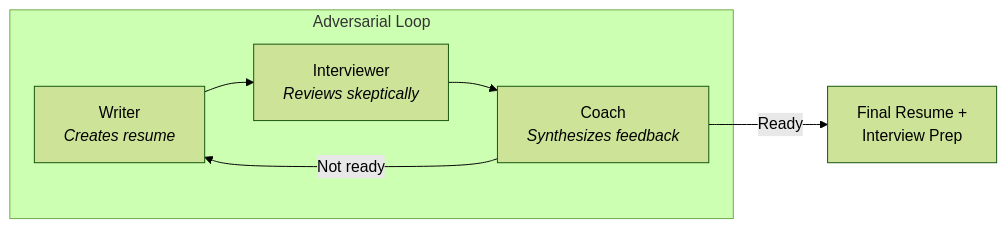
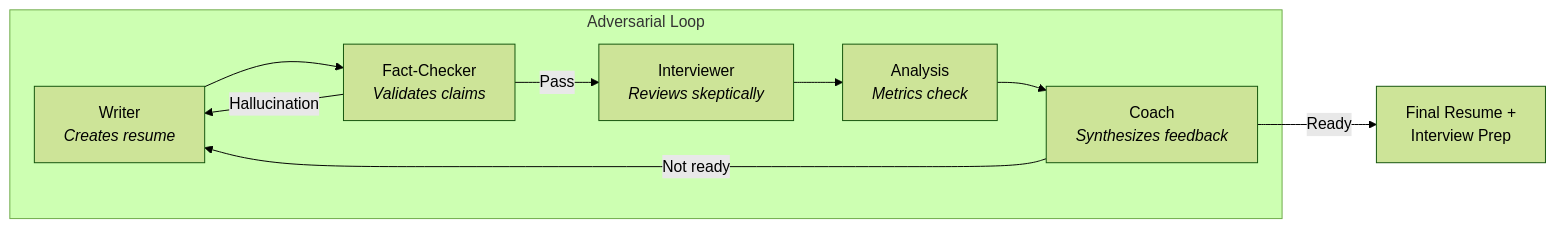
One commit to MadeByTokens/resume-helper changed the diagram in README.md. Above: the diagram before and after it, drawn with Mermaid (forest theme). The commit also changed other lines of this file and 10 other files, not shown here.

````diff
--- a/README.md
+++ b/README.md
@@ -124,9 +127,12 @@
 ```mermaid
 flowchart LR
     subgraph Loop["Adversarial Loop"]
-        W["Writer<br/><i>Creates resume</i>"] --> I["Interviewer<br/><i>Reviews skeptically</i>"]
-        I --> C["Coach<br/><i>Synthesizes feedback</i>"]
+        W["Writer<br/><i>Creates resume</i>"] --> F["Fact-Checker<br/><i>Validates claims</i>"]
+        F -->|Hallucination| W
+        F -->|Pass| I["Interviewer<br/><i>Reviews skeptically</i>"]
+        I --> A["Analysis<br/><i>Metrics check</i>"]
+        A --> C["Coach<br/><i>Synthesizes feedback</i>"]
         C -->|Not ready| W
     end
     C -->|Ready| OUT["Final Resume +<br/>Interview Prep"]
 ```
````
